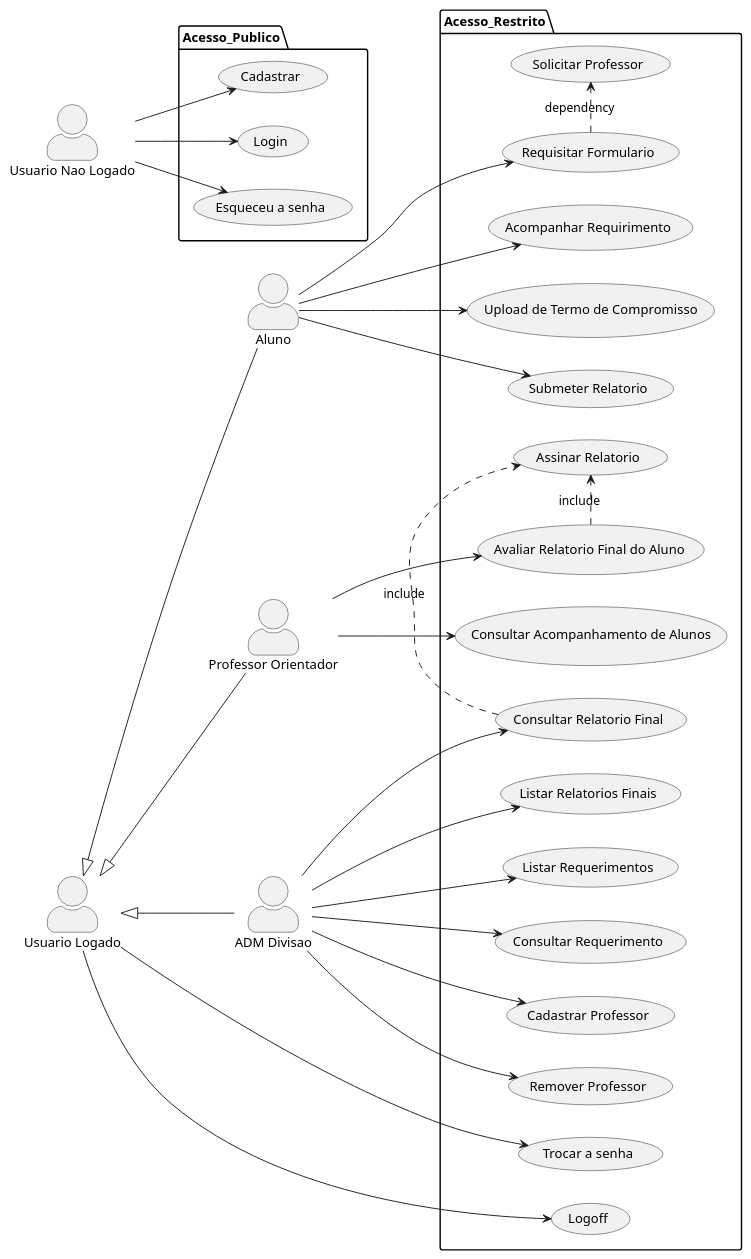
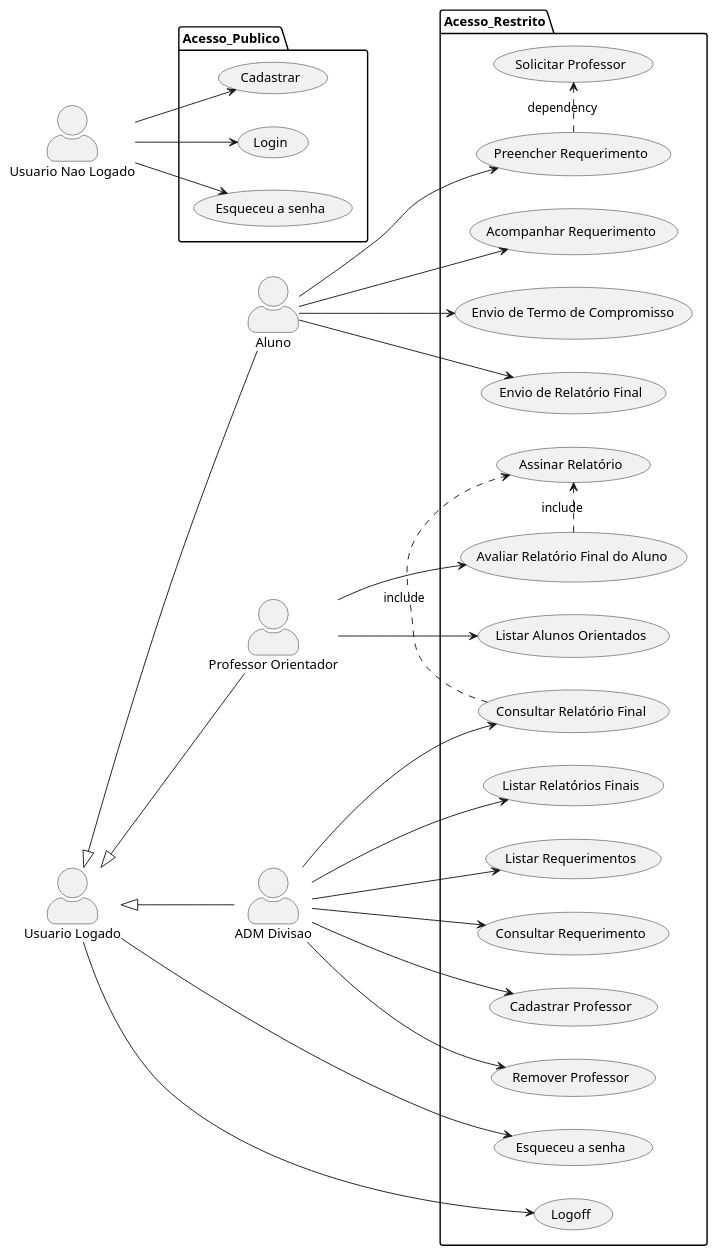
Before and after one commit to Projeto-Divisao-de-Estagio/divisao-de-estagio-2022: the diagram in DiagramaCasoDeUso.iuml, drawn with PlantUML. The commit also changed 1 other file, not shown here.

```diff
--- a/DiagramaCasoDeUso.iuml
+++ b/DiagramaCasoDeUso.iuml
@@ -1,55 +1,55 @@
 @startuml
 skinparam actorStyle awesome
 left to right direction
 
 "Usuario Nao Logado" as NLogado
 "Usuario Logado" as Logado
 "Aluno" as Aluno
 "Professor Orientador" as Professor	
 "ADM Divisao" as Admin
 
 Logado <|-- Aluno
 Logado <|-- Professor
 Logado <|-- Admin
 
 package Acesso_Publico {
   NLogado --> (Cadastrar)
   NLogado --> (Login)
   NLogado --> (Esqueceu a senha)
 }
 
 package Acesso_Restrito {
-  usecase "Trocar a senha" as UC1
+  usecase "Esqueceu a senha" as UC1
   usecase "Logoff" as UC2 
-  usecase "Requisitar Formulario" as UC3
-  usecase "Acompanhar Requirimento" as UC4
-  usecase "Upload de Termo de Compromisso" as UC5
-  usecase "Submeter Relatorio" as UC6
-  usecase "Avaliar Relatorio Final do Aluno" as UC7
-  usecase "Consultar Acompanhamento de Alunos" as UC8
-  usecase "Consultar Relatorio Final" as UC9
-  usecase "Listar Relatorios Finais" as UC10
+  usecase "Preencher Requerimento" as UC3
+  usecase "Acompanhar Requerimento" as UC4
+  usecase "Envio de Termo de Compromisso" as UC5
+  usecase "Envio de Relatório Final" as UC6
+  usecase "Avaliar Relatório Final do Aluno" as UC7
+  usecase "Listar Alunos Orientados" as UC8
+  usecase "Consultar Relatório Final" as UC9
+  usecase "Listar Relatórios Finais" as UC10
   usecase "Listar Requerimentos" as UC11
   usecase "Consultar Requerimento" as UC12
   usecase "Cadastrar Professor" as UC13
   usecase "Remover Professor" as UC14
-  UC7 .> (Assinar Relatorio) : include
-  UC9 .> (Assinar Relatorio) : include
+  UC7 .> (Assinar Relatório) : include
+  UC9 .> (Assinar Relatório) : include
   UC3 .> (Solicitar Professor) : dependency 
 }
 
 Logado --> UC1
 Logado --> UC2
 Aluno --> UC3
 Aluno --> UC4
 Aluno --> UC5
 Aluno --> UC6 
 Professor --> UC7
 Professor --> UC8
 Admin --> UC9
 Admin --> UC10
 Admin --> UC11
 Admin --> UC12
 Admin --> UC13
 Admin --> UC14
 @enduml
```
